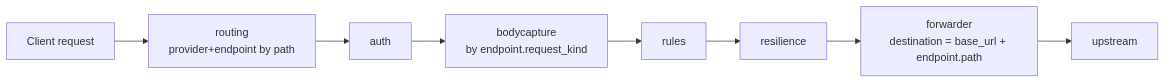
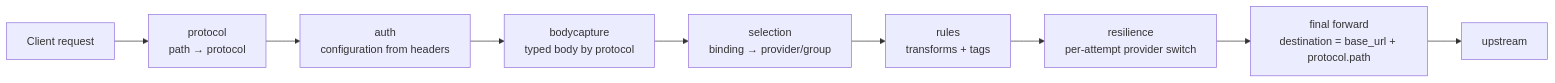
The first of 2 diagrams in docs/providers.md (andyjmorgan/slipspace-gateway), drawn with Mermaid before and after one commit. The commit also changed other lines of this file and 27 other files, not shown here.

````diff
--- a/docs/providers.md
+++ b/docs/providers.md
@@ -44,10 +53,11 @@
 ```mermaid
 flowchart LR
-    A[Client request] --> B[routing<br/>provider+endpoint by path]
-    B --> C[auth]
-    C --> D[bodycapture<br/>by endpoint.request_kind]
-    D --> E[rules]
-    E --> F[resilience]
-    F --> G[forwarder<br/>destination = base_url + endpoint.path]
-    G --> H[upstream]
+    A[Client request] --> B[protocol<br/>path → protocol]
+    B --> C[auth<br/>configuration from headers]
+    C --> D[bodycapture<br/>typed body by protocol]
+    D --> E[selection<br/>binding → provider/group]
+    E --> F[rules<br/>transforms + tags]
+    F --> G[resilience<br/>per-attempt provider switch]
+    G --> H[final forward<br/>destination = base_url + protocol.path]
+    H --> I[upstream]
 ```
````
